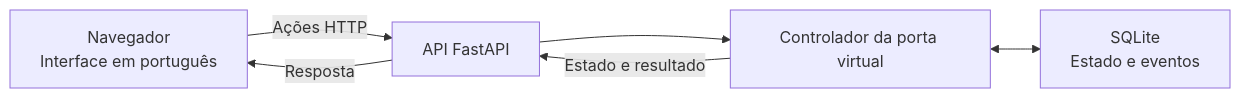
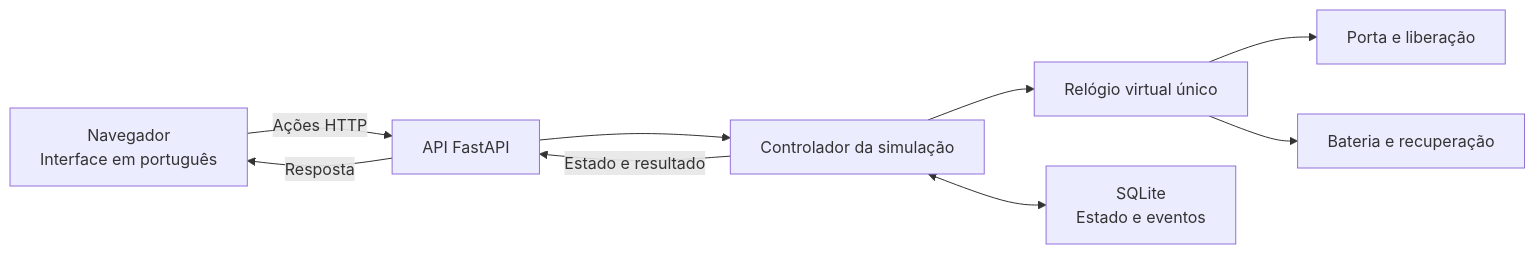
Before and after one commit to gustavonm20/EverLock: the diagram in docs/architecture.md, drawn with Mermaid. The commit also changed other lines of this file, not shown here.

Commit message:
Liga porta e bateria ao mesmo relógio

````diff
--- a/docs/architecture.md
+++ b/docs/architecture.md
@@ -5,8 +5,11 @@
 ```mermaid
 flowchart LR
     Browser["Navegador\nInterface em português"] -->|"Ações HTTP"| API["API FastAPI"]
-    API --> Controller["Controlador da porta virtual"]
+    API --> Controller["Controlador da simulação"]
+    Controller --> Clock["Relógio virtual único"]
+    Clock --> Door["Porta e liberação"]
+    Clock --> Power["Bateria e recuperação"]
     Controller <--> Store["SQLite\nEstado e eventos"]
     Controller -->|"Estado e resultado"| API
     API -->|"Resposta"| Browser
 ```
````
